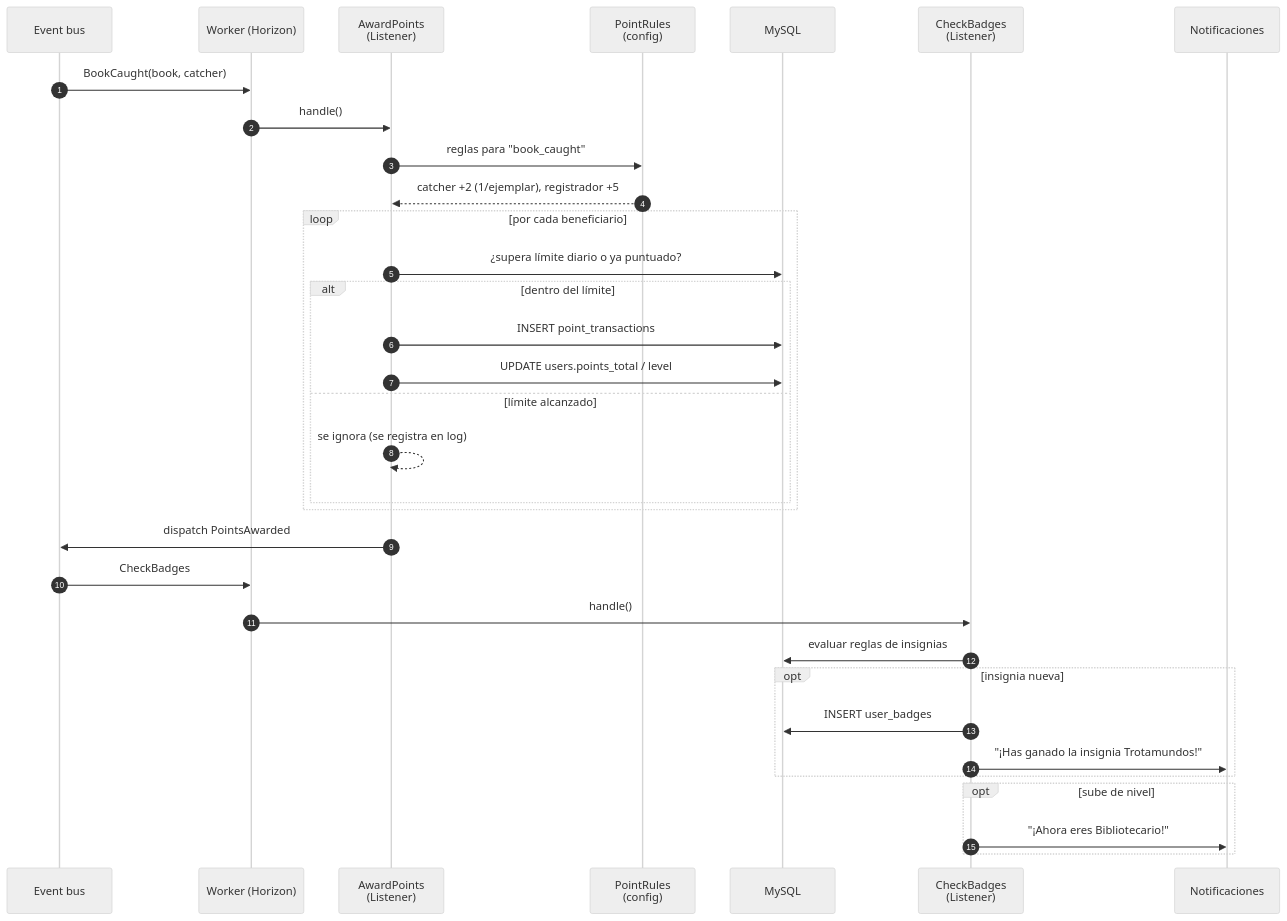
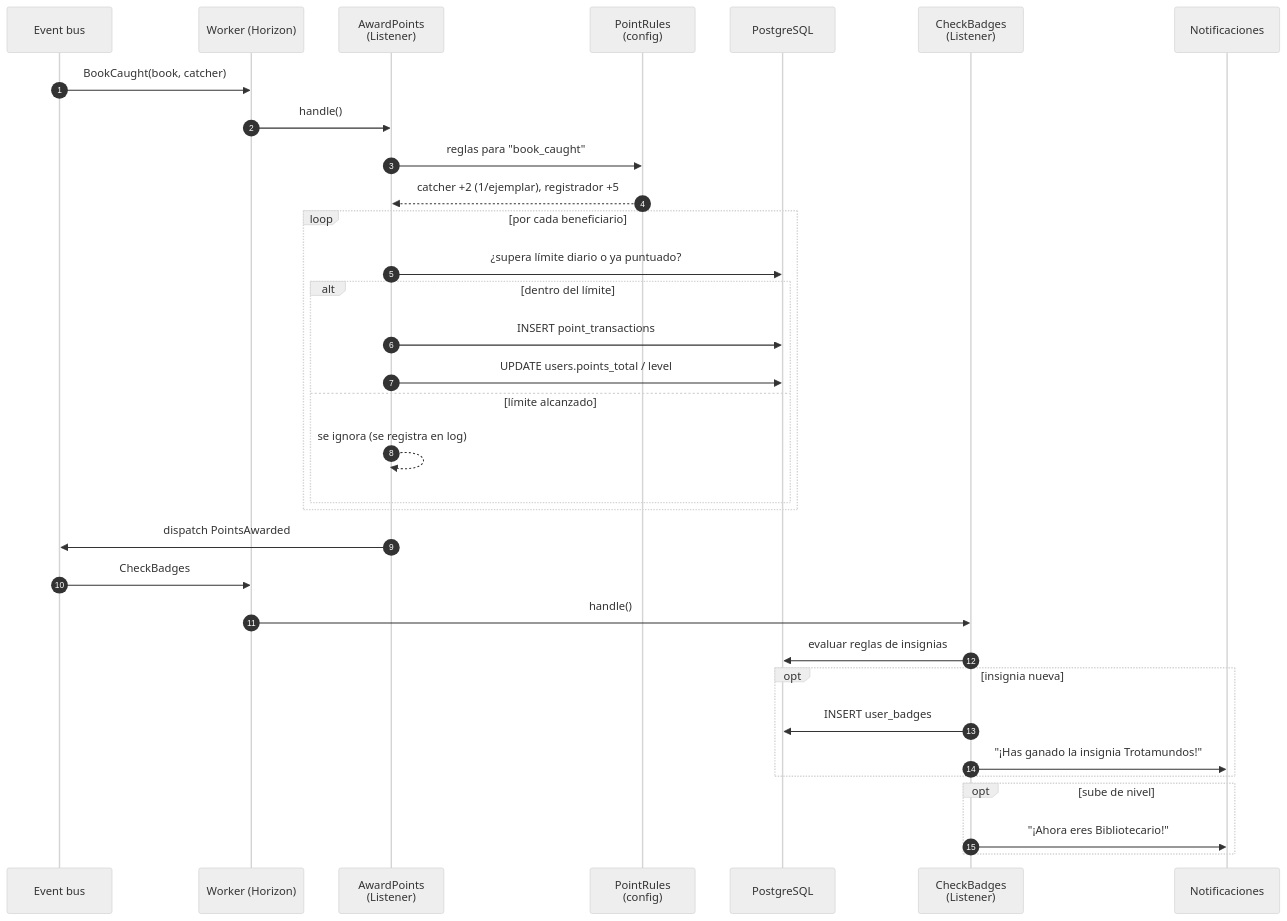
The diagram in docs/diagramas/05-secuencia-puntos.md (zStrikke/zBooks), drawn with Mermaid (neutral theme) before and after one commit. The commit also changed 12 other files, not shown here.

First line of the commit message:
docs: PostgreSQL + PostGIS, API REST v1 y autenticación

````diff
--- a/docs/diagramas/05-secuencia-puntos.md
+++ b/docs/diagramas/05-secuencia-puntos.md
@@ -5,38 +5,38 @@
 ```mermaid
 sequenceDiagram
     autonumber
     participant EV as Event bus
     participant Q as Worker (Horizon)
     participant AP as AwardPoints<br/>(Listener)
     participant R as PointRules<br/>(config)
-    participant DB as MySQL
+    participant DB as PostgreSQL
     participant CB as CheckBadges<br/>(Listener)
     participant N as Notificaciones
 
     EV->>Q: BookCaught(book, catcher)
     Q->>AP: handle()
     AP->>R: reglas para "book_caught"
     R-->>AP: catcher +2 (1/ejemplar), registrador +5
 
     loop por cada beneficiario
         AP->>DB: ¿supera límite diario o ya puntuado?
         alt dentro del límite
             AP->>DB: INSERT point_transactions
             AP->>DB: UPDATE users.points_total / level
         else límite alcanzado
             AP-->>AP: se ignora (se registra en log)
         end
     end
 
     AP->>EV: dispatch PointsAwarded
     EV->>Q: CheckBadges
     Q->>CB: handle()
     CB->>DB: evaluar reglas de insignias
     opt insignia nueva
         CB->>DB: INSERT user_badges
         CB->>N: "¡Has ganado la insignia Trotamundos!"
     end
     opt sube de nivel
         CB->>N: "¡Ahora eres Bibliotecario!"
     end
 ```
````
